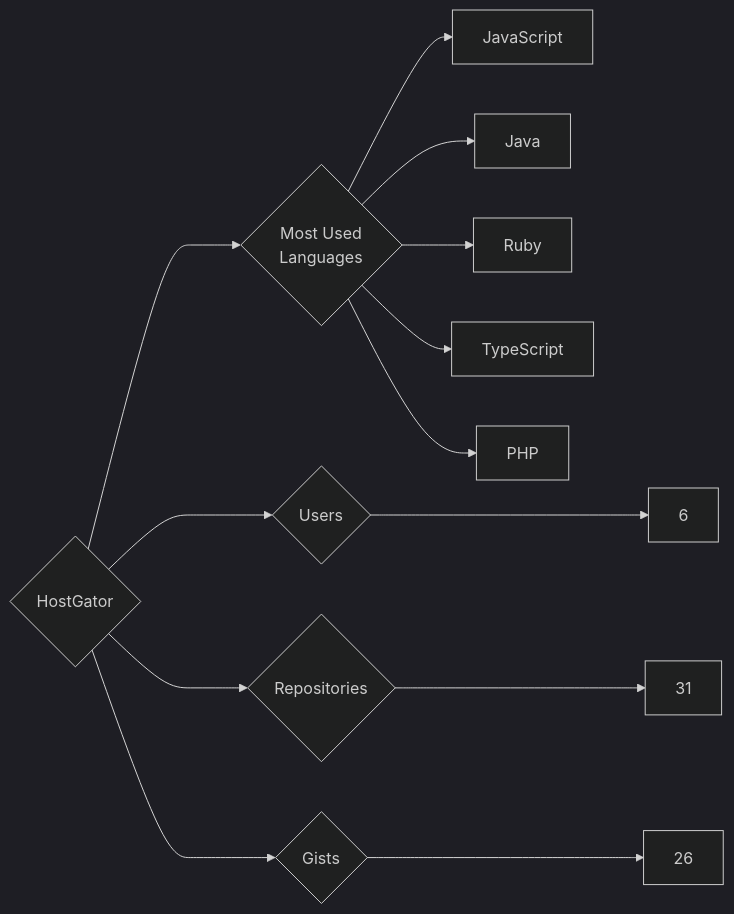
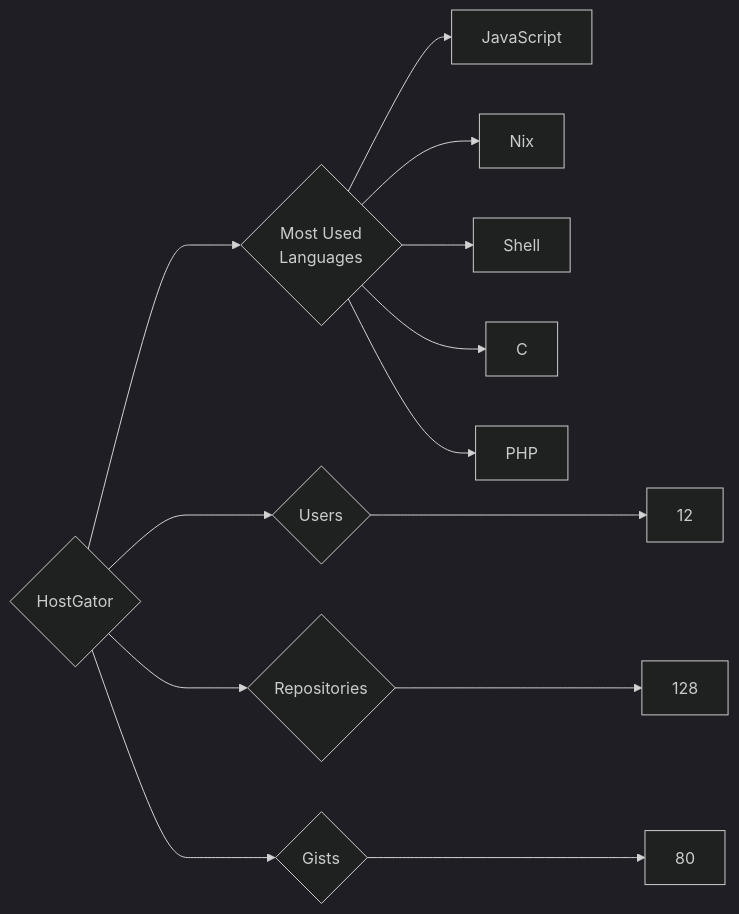
The diagram in targets/HostGator/README.md (trickest/insiders), drawn with Mermaid (dark theme) before and after one commit. The commit also changed 1170 other files, not shown here.

````diff
--- a/targets/HostGator/README.md
+++ b/targets/HostGator/README.md
@@ -3,13 +3,13 @@
 ```mermaid
 graph LR
 COMPANY_NAME{HostGator}
-COMPANY_NAME ---> U{Users} ---> UN[6]
-COMPANY_NAME ---> R{Repositories} ---> RN[31]
-COMPANY_NAME ---> G{Gists} ---> GN[26]
+COMPANY_NAME ---> U{Users} ---> UN[12]
+COMPANY_NAME ---> R{Repositories} ---> RN[128]
+COMPANY_NAME ---> G{Gists} ---> GN[80]
 COMPANY_NAME ---> ML{Most Used<br>Languages}
 ML --> JavaScript[JavaScript]
-ML --> Java[Java]
-ML --> Ruby[Ruby]
-ML --> TypeScript[TypeScript]
+ML --> Nix[Nix]
+ML --> Shell[Shell]
+ML --> C[C]
 ML --> PHP[PHP]
 ```
````
